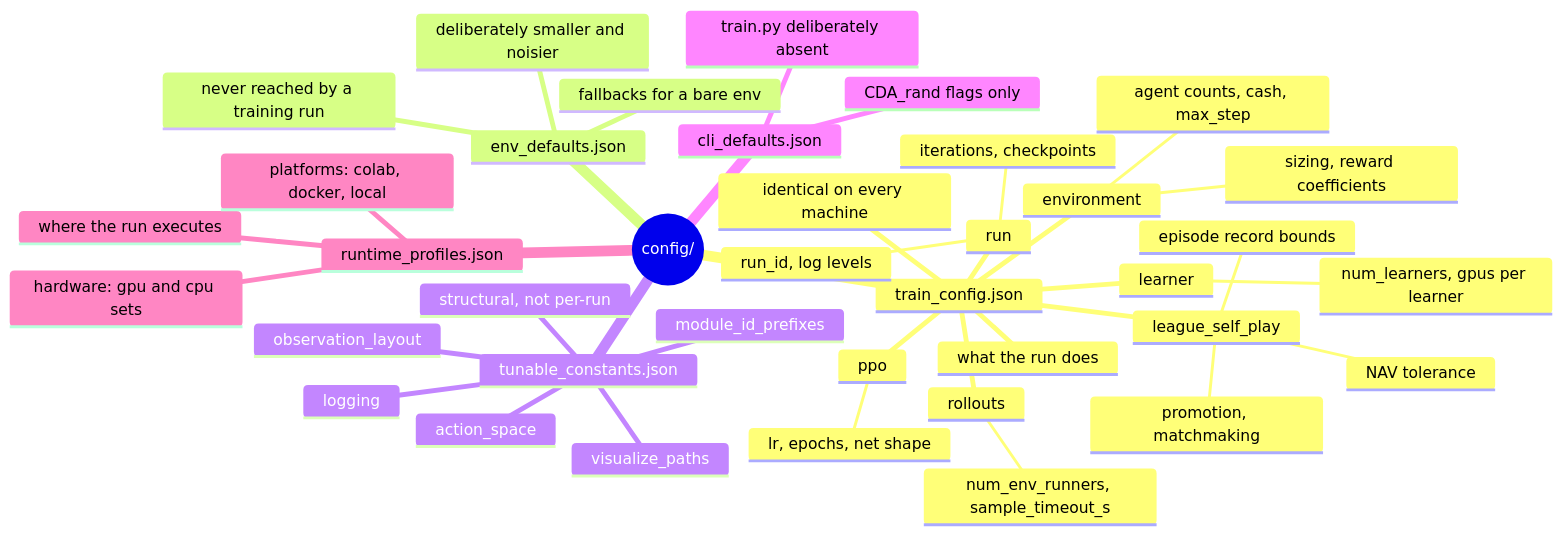
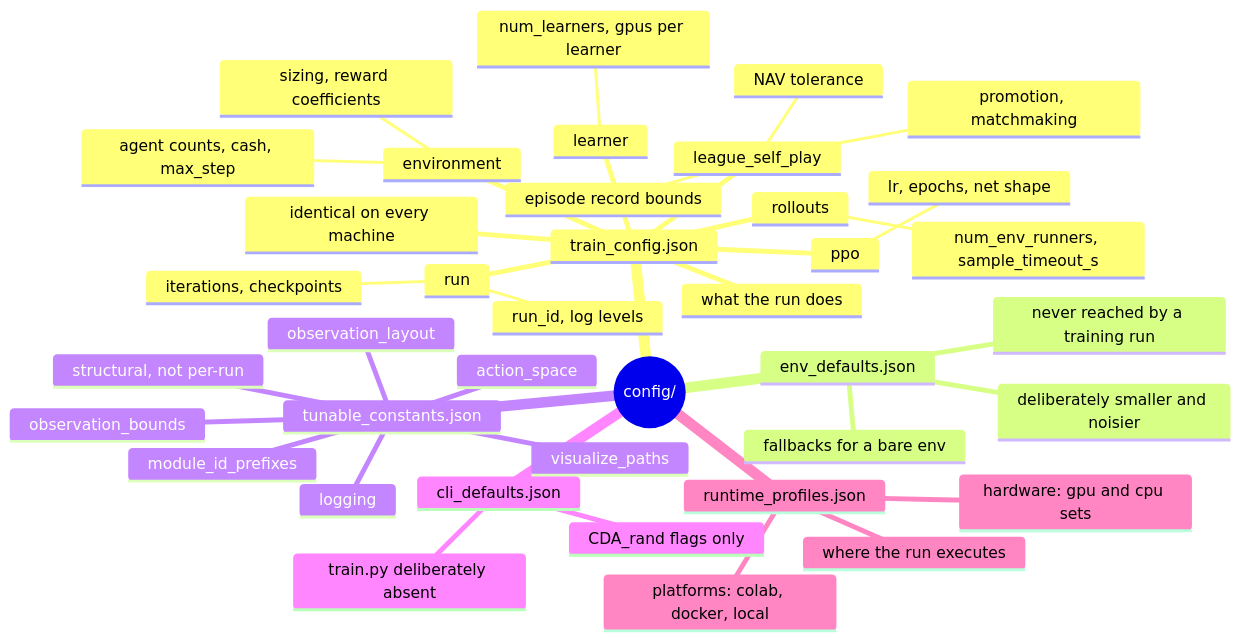
Before and after one commit to ChuaCheowHuan/gym-continuousDoubleAuction: the first of 2 diagrams in doc/18_configuration.md, drawn with Mermaid. The commit also changed other lines of this file and 31 other files, not shown here.

````diff
--- a/doc/18_configuration.md
+++ b/doc/18_configuration.md
@@ -28,41 +28,42 @@
 ```mermaid
 mindmap
   root((config/))
     train_config.json
       what the run does
       identical on every machine
       environment
         agent counts, cash, max_step
         sizing, reward coefficients
       rollouts
         num_env_runners, sample_timeout_s
       learner
         num_learners, gpus per learner
       ppo
         lr, epochs, net shape
       league_self_play
         promotion, matchmaking
         episode record bounds
         NAV tolerance
       run
         iterations, checkpoints
         run_id, log levels
     env_defaults.json
       fallbacks for a bare env
       deliberately smaller and noisier
       never reached by a training run
     tunable_constants.json
       structural, not per-run
       observation_layout
+      observation_bounds
       action_space
       module_id_prefixes
       logging
       visualize_paths
     cli_defaults.json
       CDA_rand flags only
       train.py deliberately absent
     runtime_profiles.json
       where the run executes
       hardware: gpu and cpu sets
       platforms: colab, docker, local
 ```
````
